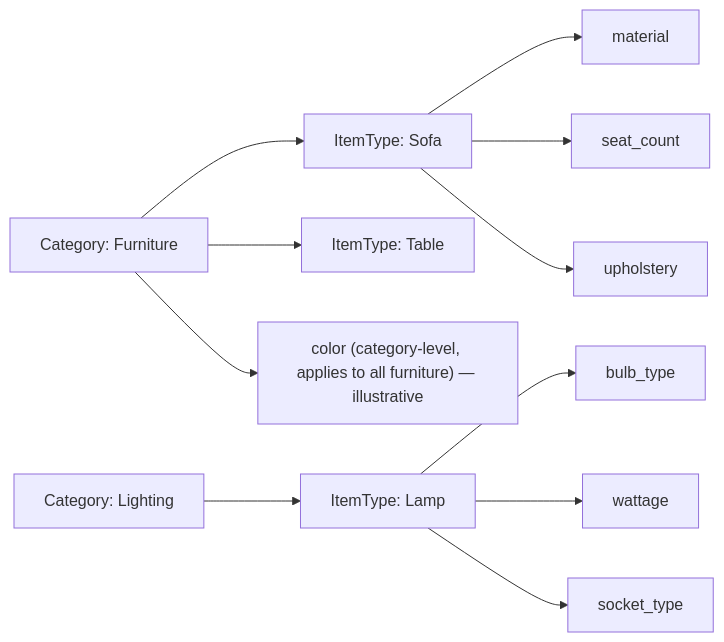
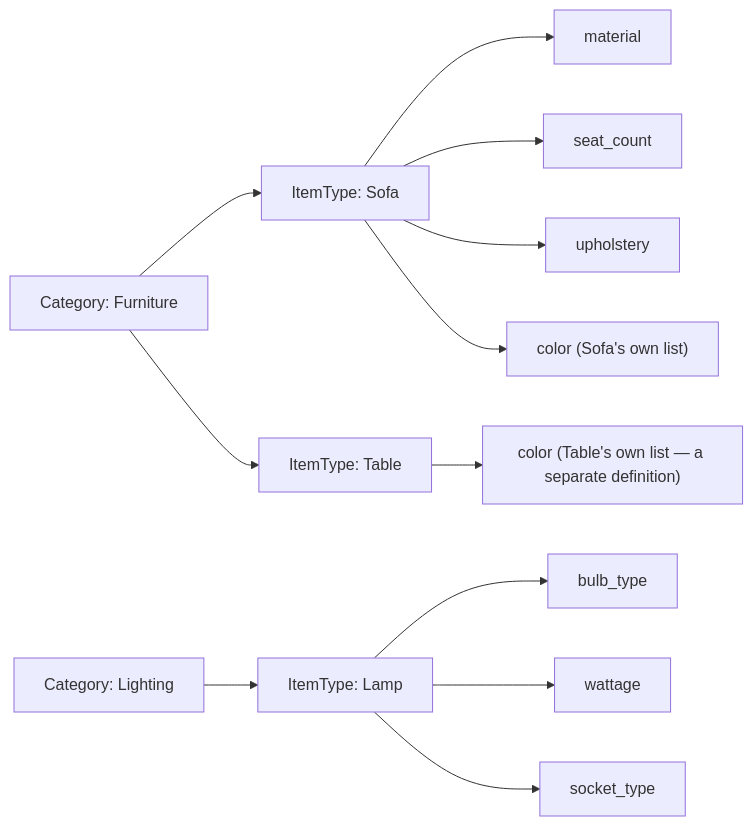
One commit to Loorenz-David/ItemDomain changed the diagram in docs/03-classification-and-properties.md. Above: the diagram before and after it, drawn with Mermaid. The commit also changed other lines of this file and 12 other files, not shown here.

````diff
--- a/docs/03-classification-and-properties.md
+++ b/docs/03-classification-and-properties.md
@@ -73,14 +74,15 @@
 ```mermaid
 flowchart LR
     C[Category: Furniture] --> T1[ItemType: Sofa]
     C --> T2[ItemType: Table]
     C2[Category: Lighting] --> T3[ItemType: Lamp]
 
     T1 --> P1[material]
     T1 --> P2[seat_count]
     T1 --> P3[upholstery]
     T3 --> P4[bulb_type]
     T3 --> P5[wattage]
     T3 --> P6[socket_type]
-    C --> P7["color (category-level, applies to all furniture) — illustrative"]
+    T1 --> P7["color (Sofa's own list)"]
+    T2 --> P8["color (Table's own list — a separate definition)"]
 ```
````
